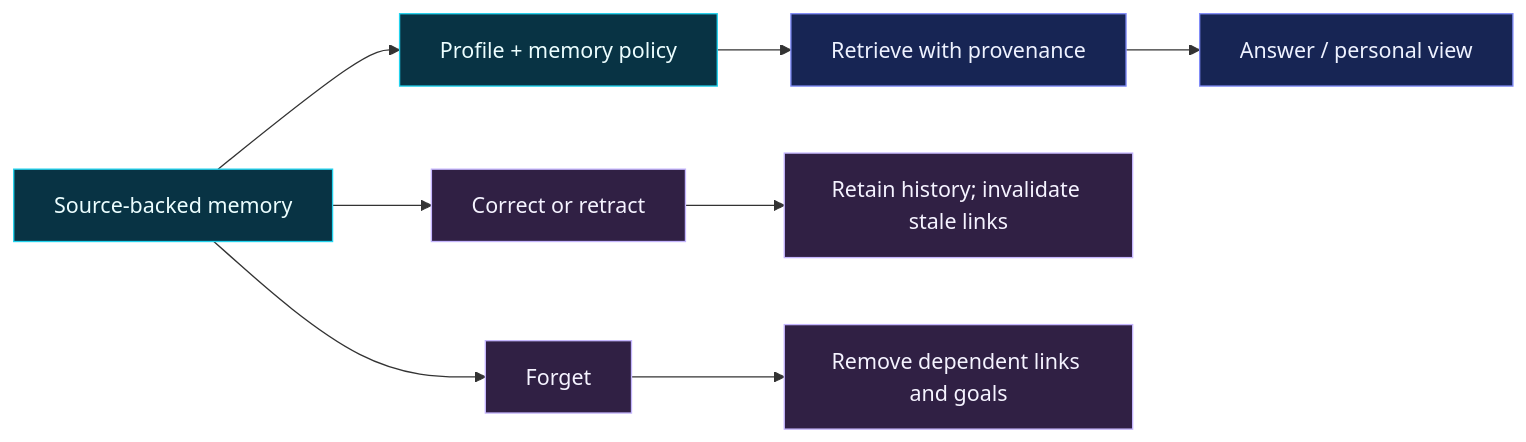
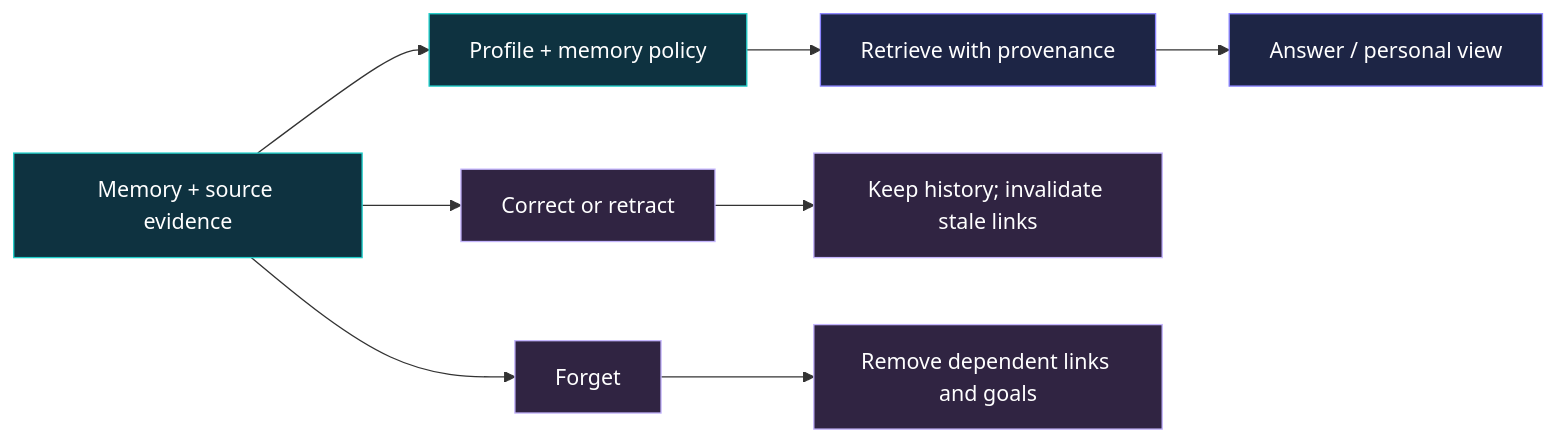
Before and after one commit to Cyanex1702/Adam: the third of 3 diagrams in README.md, drawn with Mermaid. The commit also changed other lines of this file, not shown here.

````diff
--- a/README.md
+++ b/README.md
@@ -147,17 +206,17 @@
 ```mermaid
 flowchart LR
-    Source["Source-backed memory"] --> Policy["Profile + memory policy"]
-    Policy --> Retrieve["Retrieve with provenance"]
-    Retrieve --> Answer["Answer / personal view"]
-    Source --> Correct["Correct or retract"]
-    Correct --> History["Retain history; invalidate stale links"]
-    Source --> Forget["Forget"]
-    Forget --> Remove["Remove dependent links and goals"]
+    S["Memory + source evidence"] --> P["Profile + memory policy"]
+    P --> K["Retrieve with provenance"]
+    K --> A["Answer / personal view"]
+    S --> C["Correct or retract"]
+    C --> H["Keep history; invalidate stale links"]
+    S --> F["Forget"]
+    F --> R["Remove dependent links and goals"]
 
-    classDef source fill:#083344,stroke:#22d3ee,color:#ecfeff;
-    classDef read fill:#172554,stroke:#818cf8,color:#eef2ff;
-    classDef change fill:#302044,stroke:#c4b5fd,color:#f5f3ff;
-    class Source,Policy source;
-    class Retrieve,Answer read;
-    class Correct,History,Forget,Remove change;
+    classDef stored fill:#0e3240,stroke:#20ceca,color:#ffffff
+    classDef output fill:#1d2545,stroke:#8b84ff,color:#ffffff
+    classDef change fill:#302442,stroke:#c4b5fd,color:#ffffff
+    class S,P stored
+    class K,A output
+    class C,H,F,R change
 ```
````
